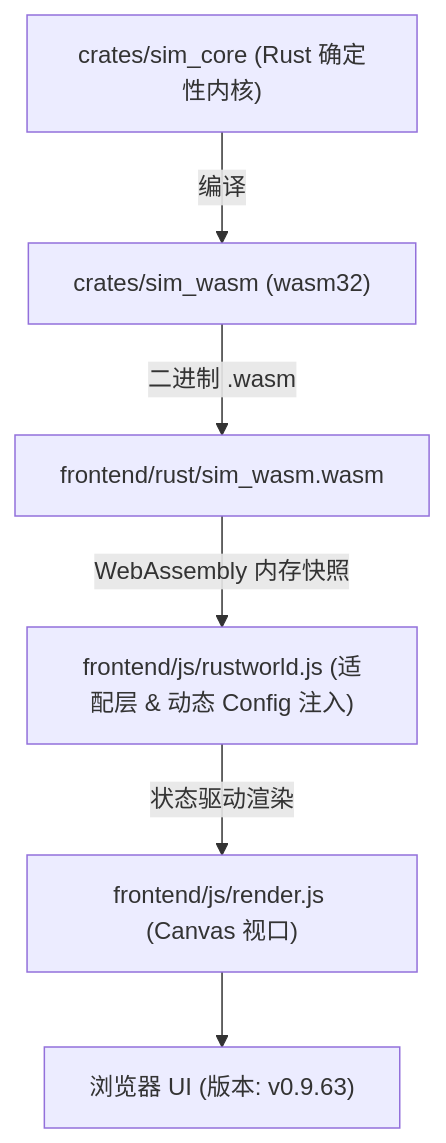
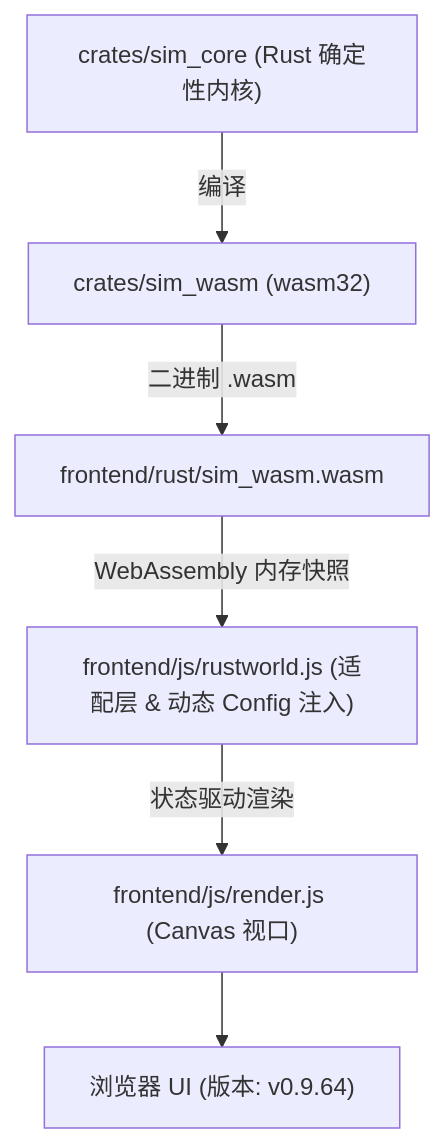
Before and after one commit to g39088902/FlowAndAccord: the diagram in AGENTS.md, drawn with Mermaid. The commit also changed other lines of this file and 11 other files, not shown here.

First line of the commit message:
feat(frontend): DAG 行为血缘可视化拆分（dag-view/dag-layout/dag-standalone + 测试数据/截图工具）(v0.9.64)

````diff
--- a/AGENTS.md
+++ b/AGENTS.md
@@ -42,8 +42,8 @@
 ```mermaid
 graph TD
     A["crates/sim_core (Rust 确定性内核)"] -->|编译| B["crates/sim_wasm (wasm32)"]
     B -->|二进制 .wasm| C["frontend/rust/sim_wasm.wasm"]
     C -->|WebAssembly 内存快照| D["frontend/js/rustworld.js (适配层 & 动态 Config 注入)"]
     D -->|状态驱动渲染| E["frontend/js/render.js (Canvas 视口)"]
-    E --> F["浏览器 UI (版本: v0.9.63)"]
+    E --> F["浏览器 UI (版本: v0.9.64)"]
 ```
````
